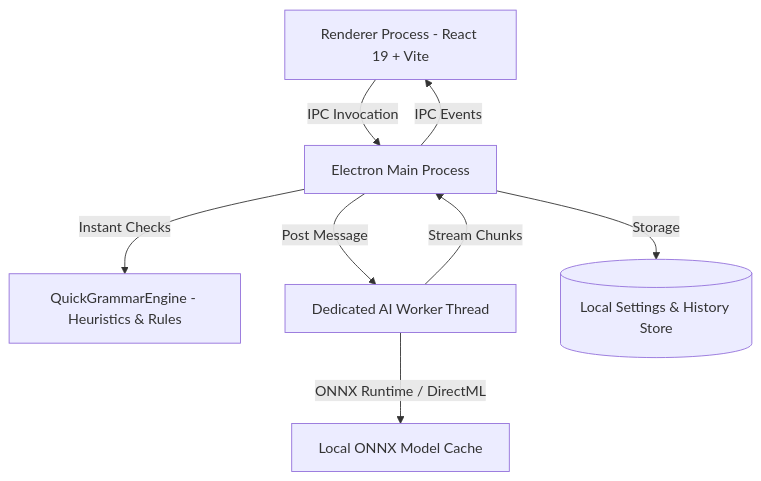
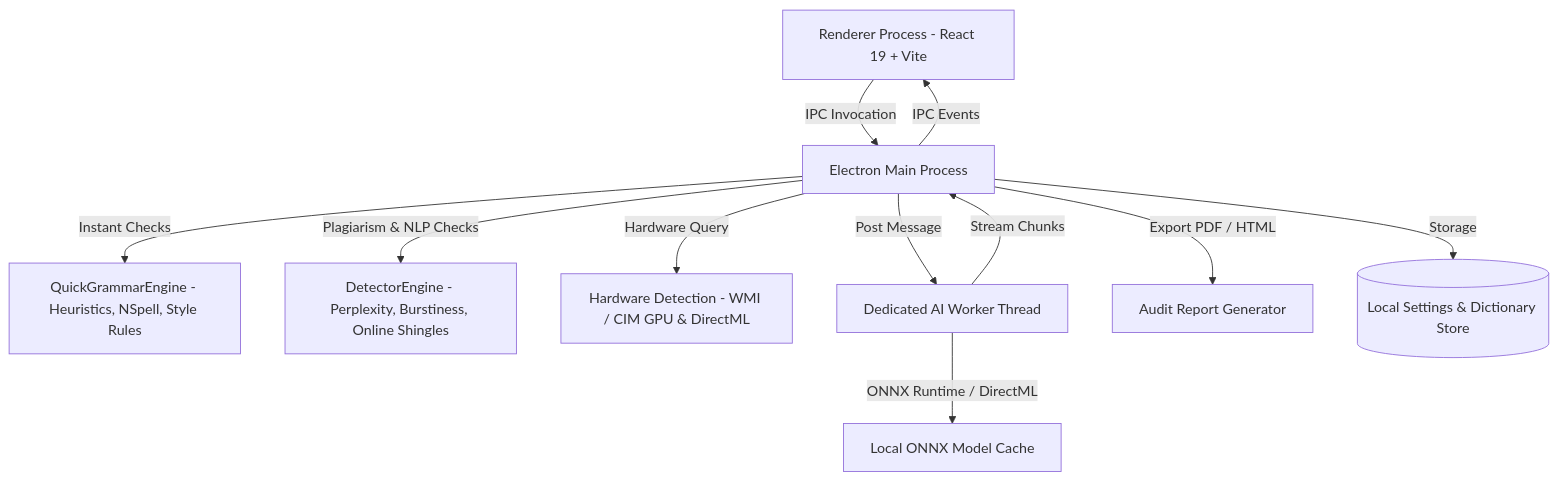
One commit to sayandey021/AI-Grammar-Studio changed the diagram in README.md. Above: the diagram before and after it, drawn with Mermaid. The commit also changed other lines of this file, not shown here.

````diff
--- a/README.md
+++ b/README.md
@@ -66,10 +108,13 @@
 ```mermaid
 graph TD
     UI[Renderer Process - React 19 + Vite] -->|IPC Invocation| Main[Electron Main Process]
-    Main -->|Instant Checks| Quick[QuickGrammarEngine - Heuristics & Rules]
+    Main -->|Instant Checks| Quick[QuickGrammarEngine - Heuristics, NSpell, Style Rules]
+    Main -->|Plagiarism & NLP Checks| Detector[DetectorEngine - Perplexity, Burstiness, Online Shingles]
+    Main -->|Hardware Query| Hardware[Hardware Detection - WMI / CIM GPU & DirectML]
     Main -->|Post Message| Worker[Dedicated AI Worker Thread]
     Worker -->|ONNX Runtime / DirectML| Models[Local ONNX Model Cache]
     Worker -->|Stream Chunks| Main
     Main -->|IPC Events| UI
-    Main -->|Storage| LocalData[(Local Settings & History Store)]
+    Main -->|Export PDF / HTML| Report[Audit Report Generator]
+    Main -->|Storage| LocalData[(Local Settings & Dictionary Store)]
 ```
````
